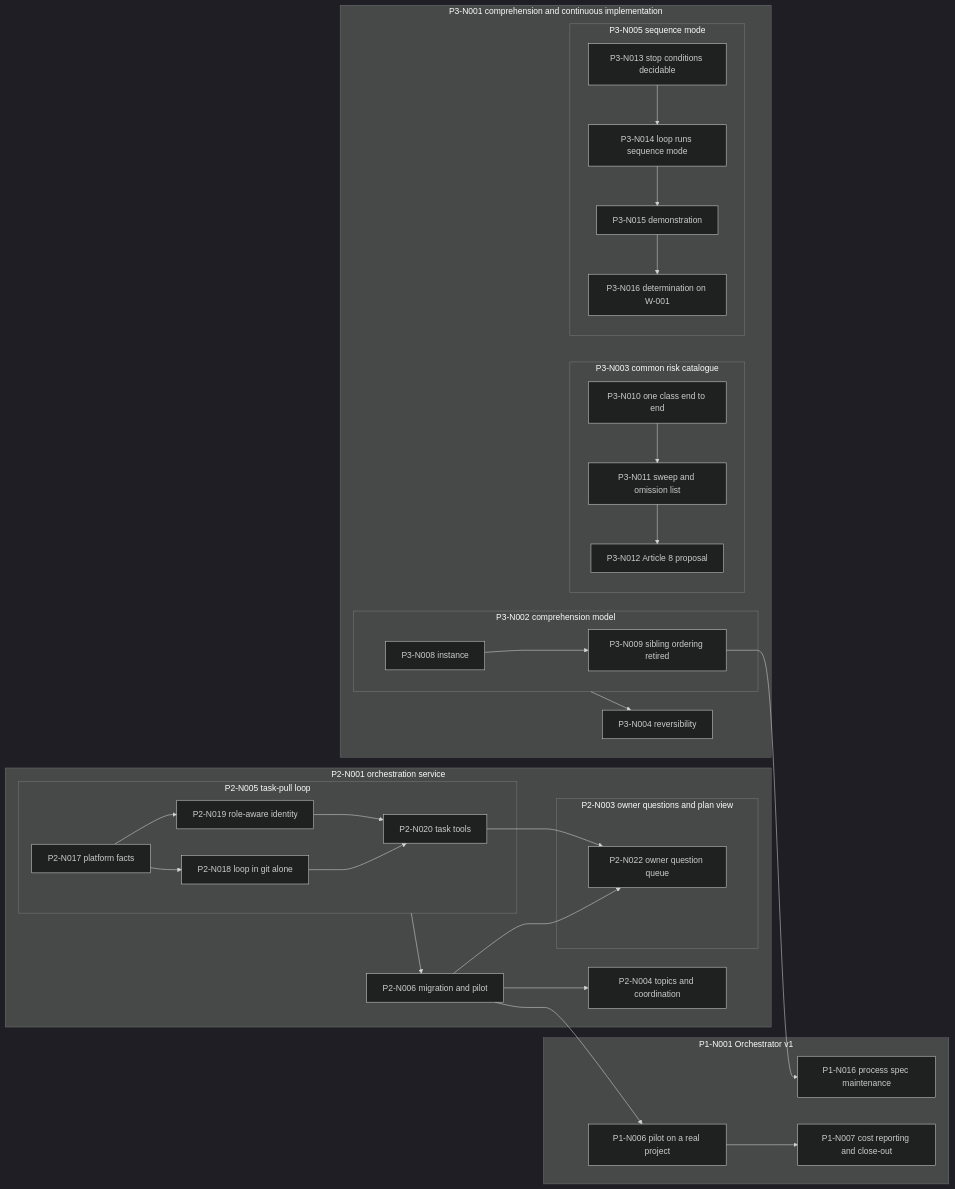
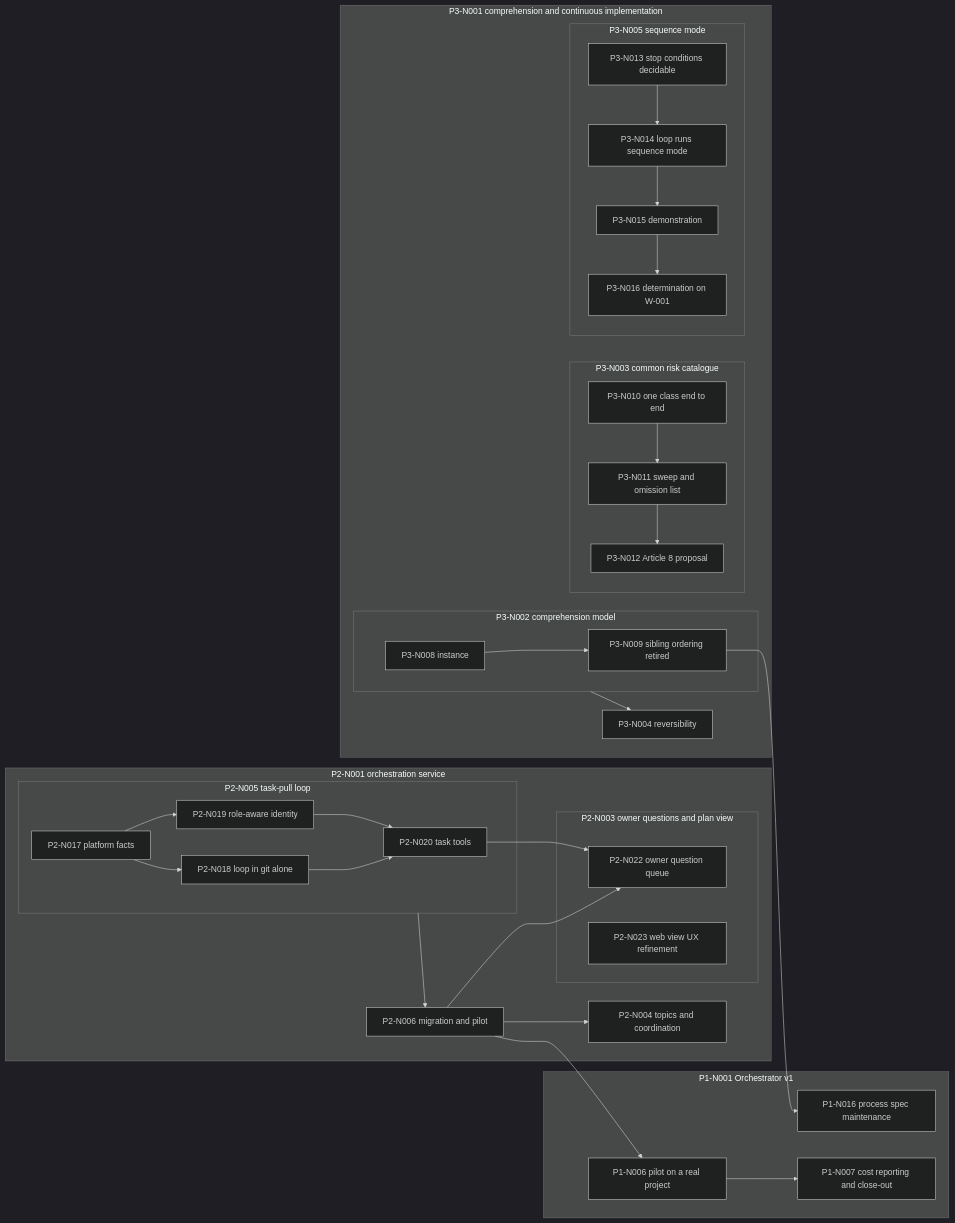
One commit to majodali/project-orchestrator changed the diagram in docs/plan.md. Above: the diagram before and after it, drawn with Mermaid (dark theme). The commit also changed other lines of this file and 7 other files, not shown here.

````diff
--- a/docs/plan.md
+++ b/docs/plan.md
@@ -505,52 +511,53 @@
 ```mermaid
 graph LR
   subgraph P1N001["P1-N001 Orchestrator v1"]
     P1N016["P1-N016 process spec maintenance"]
     P1N006["P1-N006 pilot on a real project"]
     P1N007["P1-N007 cost reporting and close-out"]
   end
   subgraph P2N001["P2-N001 orchestration service"]
     subgraph P2N003["P2-N003 owner questions and plan view"]
       P2N022["P2-N022 owner question queue"]
+      P2N023["P2-N023 web view UX refinement"]
     end
     P2N004["P2-N004 topics and coordination"]
     subgraph P2N005["P2-N005 task-pull loop"]
       P2N017["P2-N017 platform facts"]
       P2N018["P2-N018 loop in git alone"]
       P2N019["P2-N019 role-aware identity"]
       P2N020["P2-N020 task tools"]
     end
     P2N006["P2-N006 migration and pilot"]
   end
   subgraph P3N001["P3-N001 comprehension and continuous implementation"]
     subgraph P3N002["P3-N002 comprehension model"]
       P3N008["P3-N008 instance"]
       P3N009["P3-N009 sibling ordering retired"]
     end
     subgraph P3N003["P3-N003 common risk catalogue"]
       P3N010["P3-N010 one class end to end"]
       P3N011["P3-N011 sweep and omission list"]
       P3N012["P3-N012 Article 8 proposal"]
     end
     P3N004["P3-N004 reversibility"]
     subgraph P3N005["P3-N005 sequence mode"]
       P3N013["P3-N013 stop conditions decidable"]
       P3N014["P3-N014 loop runs sequence mode"]
       P3N015["P3-N015 demonstration"]
       P3N016["P3-N016 determination on W-001"]
     end
   end
   P3N008 --> P3N009
   P3N010 --> P3N011 --> P3N012
   P3N013 --> P3N014 --> P3N015 --> P3N016
   P3N002 --> P3N004
   P2N006 --> P2N022
   P2N017 --> P2N018 --> P2N020
   P2N017 --> P2N019 --> P2N020
   P2N020 --> P2N022
   P2N005 --> P2N006
   P2N006 --> P2N004
   P2N006 --> P1N006
   P1N006 --> P1N007
   P3N009 --> P1N016
 ```
````
